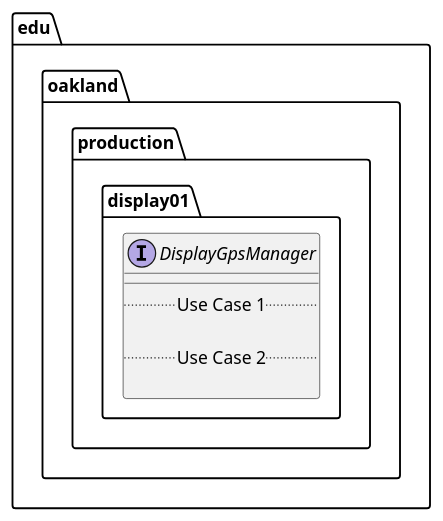
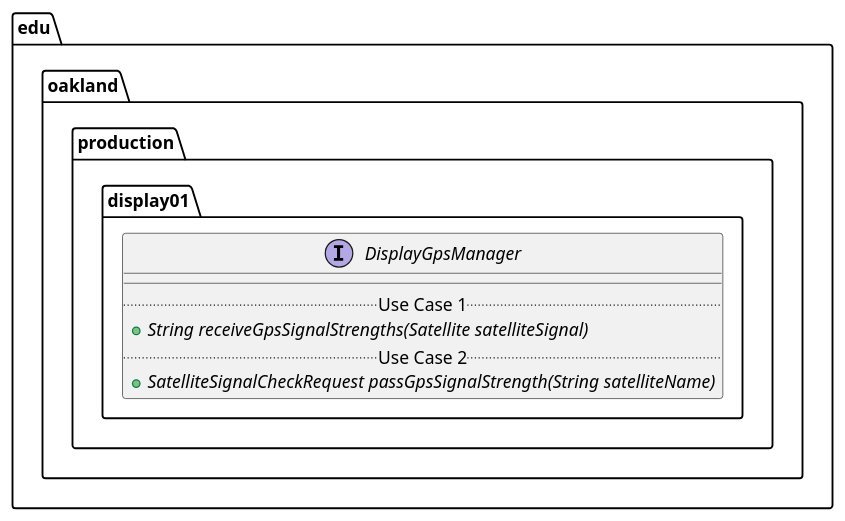
Before and after one commit to elilley15/csi-3370-software-project: the diagram in docs/uml-class-diagrams/display01/production/DisplayGpsManager/DisplayGpsManager.puml, drawn with PlantUML. The commit also changed 2 other files, not shown here.

Commit message:
[Display_01] Update Display_01 Public Interface UML Class Diagrams (#16)
* Update DisplayGpsInterface.puml

Adding public methods

* Update DisplayGpsReceiver.puml (#17)

added displayGPSReciever Public Methods

* Update DisplayGpsManager.puml (#18)

added public methods

```diff
--- a/docs/uml-class-diagrams/display01/production/DisplayGpsManager/DisplayGpsManager.puml
+++ b/docs/uml-class-diagrams/display01/production/DisplayGpsManager/DisplayGpsManager.puml
@@ -1,13 +1,13 @@
 @startuml DisplayGpsManager
 
 package edu.oakland.production.display01 {
     interface DisplayGpsManager {
         __
         .. Use Case 1 ..
-
+        {abstract} + String receiveGpsSignalStrengths(Satellite satelliteSignal)
         .. Use Case 2 ..
-
+        {abstract} + SatelliteSignalCheckRequest passGpsSignalStrength(String satelliteName)
     }
 }
 
 @enduml
```
